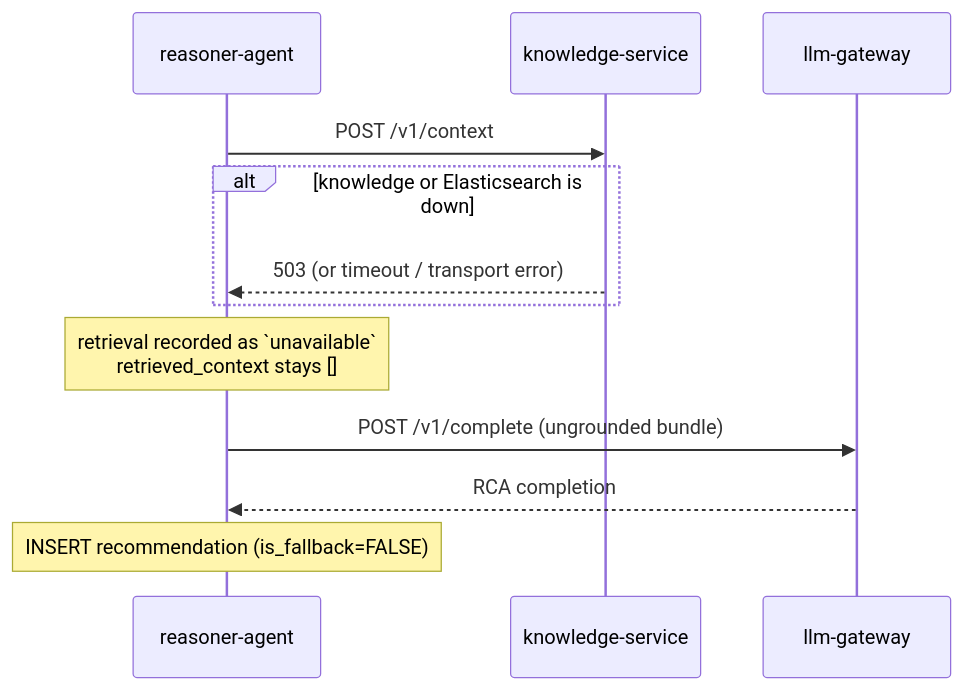
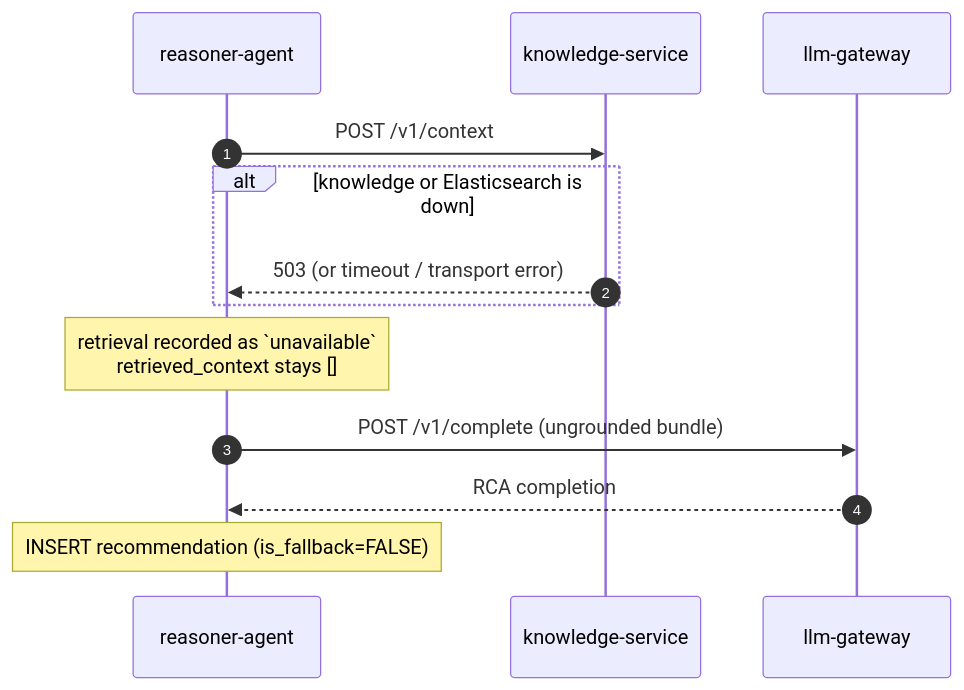
Before and after one commit to k-kohli10/radar-system: the fourth of 6 diagrams in docs/architecture/sequence-flows.md, drawn with Mermaid. The commit also changed other lines of this file and 3 other files, not shown here.

First line of the commit message:
docs: polish architecture diagrams and clarify supporting-service framing

````diff
--- a/docs/architecture/sequence-flows.md
+++ b/docs/architecture/sequence-flows.md
@@ -169,15 +174,16 @@
 ```mermaid
 sequenceDiagram
+    autonumber
     participant reasoner as reasoner-agent
     participant knowledge as knowledge-service
     participant llm as llm-gateway
 
     reasoner->>knowledge: POST /v1/context
     alt knowledge or Elasticsearch is down
         knowledge-->>reasoner: 503 (or timeout / transport error)
     end
     Note over reasoner: retrieval recorded as `unavailable`<br/>retrieved_context stays []
     reasoner->>llm: POST /v1/complete (ungrounded bundle)
     llm-->>reasoner: RCA completion
     Note over reasoner: INSERT recommendation (is_fallback=FALSE)
 ```
````
